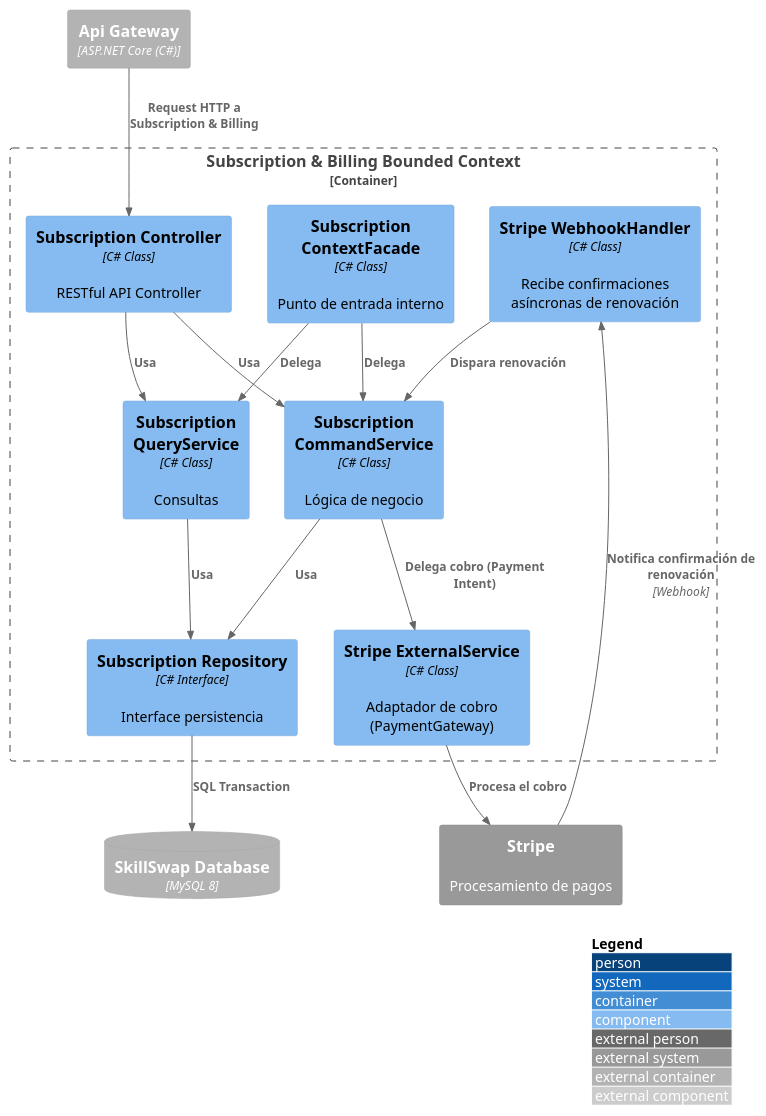
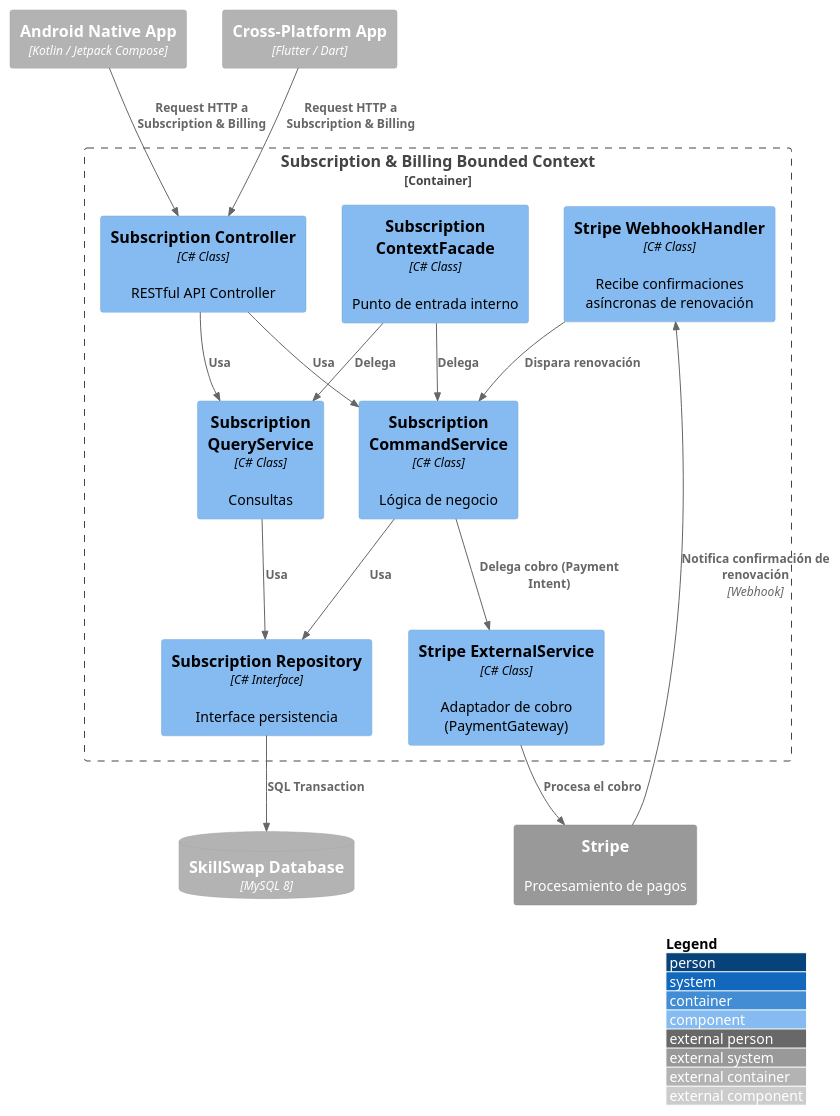
Before and after one commit to Aplicaciones-Dispositivos-Moviles/SkillSwap-ProjectReport: the diagram in DB&C4/Component_Diagram_Subscription_Billing.puml, drawn with PlantUML. The commit also changed 20 other files, not shown here.

Commit message:
docs: modify C4 architecture diagrams per professor request

```diff
--- a/DB&C4/Component_Diagram_Subscription_Billing.puml
+++ b/DB&C4/Component_Diagram_Subscription_Billing.puml
@@ -1,38 +1,40 @@
 @startuml SubscriptionBillingComponent
 !include https://raw.githubusercontent.com/plantuml-stdlib/C4-PlantUML/master/C4_Component.puml
 
 LAYOUT_WITH_LEGEND()
 
-Container_Ext(apiGateway, "Api Gateway", "ASP.NET Core (C#)")
+Container_Ext(androidApp, "Android Native App", "Kotlin / Jetpack Compose")
+Container_Ext(flutterApp, "Cross-Platform App", "Flutter / Dart")
 ContainerDb_Ext(mainDB, "SkillSwap Database", "MySQL 8")
 System_Ext(stripeApi, "Stripe", "Procesamiento de pagos")
 
 Container_Boundary(subscriptionBC, "Subscription & Billing Bounded Context") {
     Component(subscriptionController, "Subscription Controller", "C# Class", "RESTful API Controller")
     Component(subscriptionCommandService, "Subscription CommandService", "C# Class", "Lógica de negocio")
     Component(subscriptionQueryService, "Subscription QueryService", "C# Class", "Consultas")
     Component(subscriptionRepository, "Subscription Repository", "C# Interface", "Interface persistencia")
     Component(stripeGatewayExternal, "Stripe ExternalService", "C# Class", "Adaptador de cobro (PaymentGateway)")
     Component(webhookHandler, "Stripe WebhookHandler", "C# Class", "Recibe confirmaciones asíncronas de renovación")
     Component(subscriptionContextFacade, "Subscription ContextFacade", "C# Class", "Punto de entrada interno")
 }
 
-Rel(apiGateway, subscriptionController, "Request HTTP a Subscription & Billing")
+Rel(androidApp, subscriptionController, "Request HTTP a Subscription & Billing")
+Rel(flutterApp, subscriptionController, "Request HTTP a Subscription & Billing")
 
 Rel(subscriptionController, subscriptionCommandService, "Usa")
 Rel(subscriptionController, subscriptionQueryService, "Usa")
 
 Rel(subscriptionCommandService, subscriptionRepository, "Usa")
 Rel(subscriptionQueryService, subscriptionRepository, "Usa")
 Rel(subscriptionRepository, mainDB, "SQL Transaction")
 
 Rel(subscriptionCommandService, stripeGatewayExternal, "Delega cobro (Payment Intent)")
 Rel(stripeGatewayExternal, stripeApi, "Procesa el cobro")
 
 Rel(stripeApi, webhookHandler, "Notifica confirmación de renovación", "Webhook")
 Rel(webhookHandler, subscriptionCommandService, "Dispara renovación")
 
 Rel(subscriptionContextFacade, subscriptionCommandService, "Delega")
 Rel(subscriptionContextFacade, subscriptionQueryService, "Delega")
 
 @enduml
```
